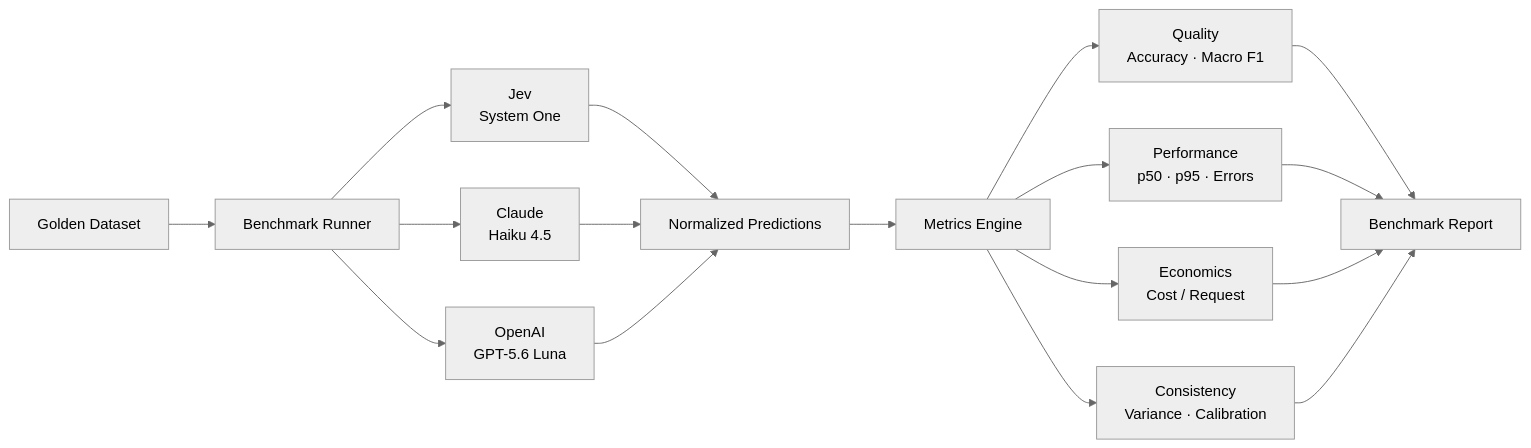
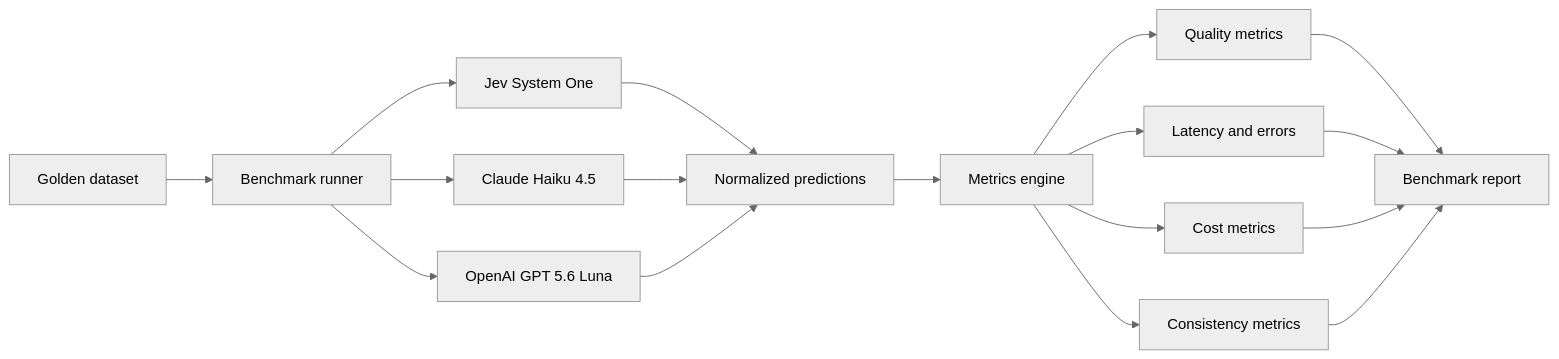
The first of 2 diagrams in README.md (renanlalier/jev-benchmark), drawn with Mermaid (neutral theme) before and after one commit. The commit also changed other lines of this file and 10 other files, not shown here.

````diff
--- a/README.md
+++ b/README.md
@@ -25,24 +25,19 @@
 ```mermaid
-flowchart LR
-    D[Golden Dataset] --> R[Benchmark Runner]
-
-    R --> J[Jev<br/>System One]
-    R --> A[Claude<br/>Haiku 4.5]
-    R --> O[OpenAI<br/>GPT-5.6 Luna]
-
-    J --> N[Normalized Predictions]
-    A --> N
-    O --> N
-
-    N --> M[Metrics Engine]
-
-    M --> Q[Quality<br/>Accuracy · Macro F1]
-    M --> P[Performance<br/>p50 · p95 · Errors]
-    M --> E[Economics<br/>Cost / Request]
-    M --> C[Consistency<br/>Variance · Calibration]
-
-    Q --> V[Benchmark Report]
-    P --> V
-    E --> V
-    C --> V
+graph LR
+    dataset["Golden dataset"] --> runner["Benchmark runner"]
+    runner --> jev["Jev System One"]
+    runner --> anthropic["Claude Haiku 4.5"]
+    runner --> openai["OpenAI GPT 5.6 Luna"]
+    jev --> predictions["Normalized predictions"]
+    anthropic --> predictions
+    openai --> predictions
+    predictions --> metrics["Metrics engine"]
+    metrics --> quality["Quality metrics"]
+    metrics --> performance["Latency and errors"]
+    metrics --> economics["Cost metrics"]
+    metrics --> consistency["Consistency metrics"]
+    quality --> report["Benchmark report"]
+    performance --> report
+    economics --> report
+    consistency --> report
 ```
````
